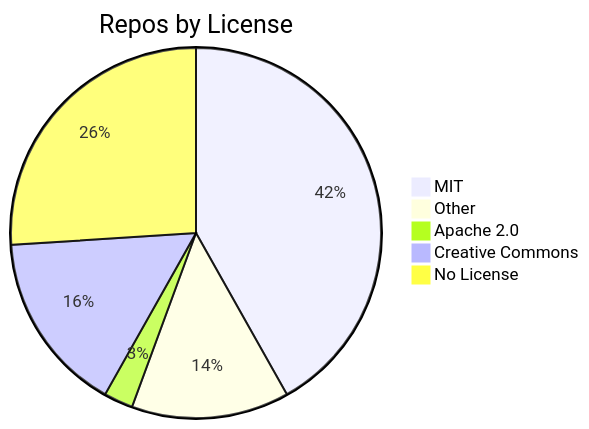
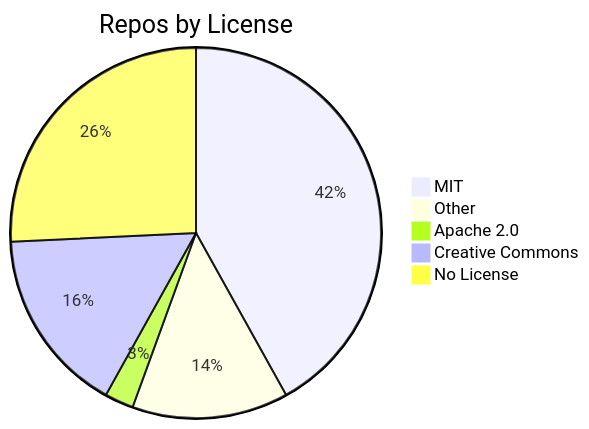
One commit to jpatterson933/awesome-mcp-server-repo-index changed the diagram in README.md. Above: the diagram before and after it, drawn with Mermaid. The commit also changed other lines of this file and 7 other files, not shown here.

````diff
--- a/README.md
+++ b/README.md
@@ -31,8 +31,8 @@
 ```mermaid
 pie title Repos by License
-    "MIT" : 82
+    "MIT" : 83
     "Other" : 27
     "Apache 2.0" : 5
-    "Creative Commons" : 31
+    "Creative Commons" : 32
     "No License" : 51
 ```
````
